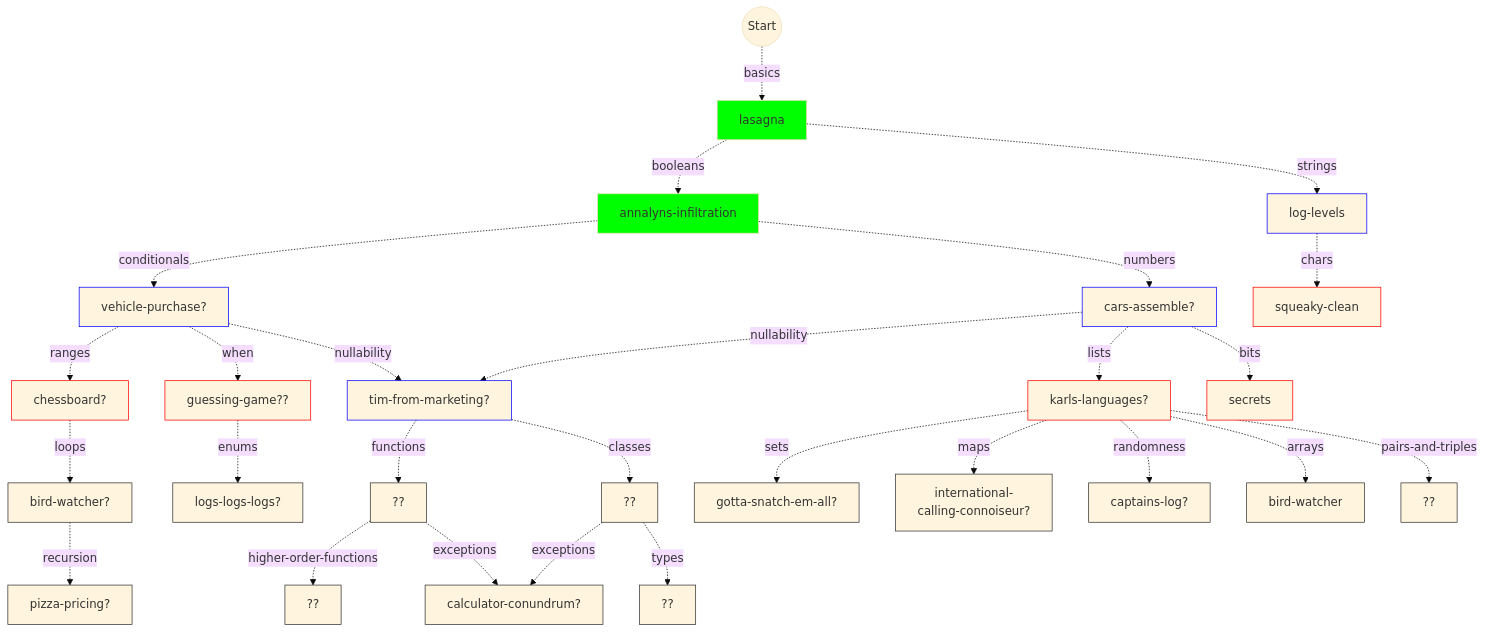
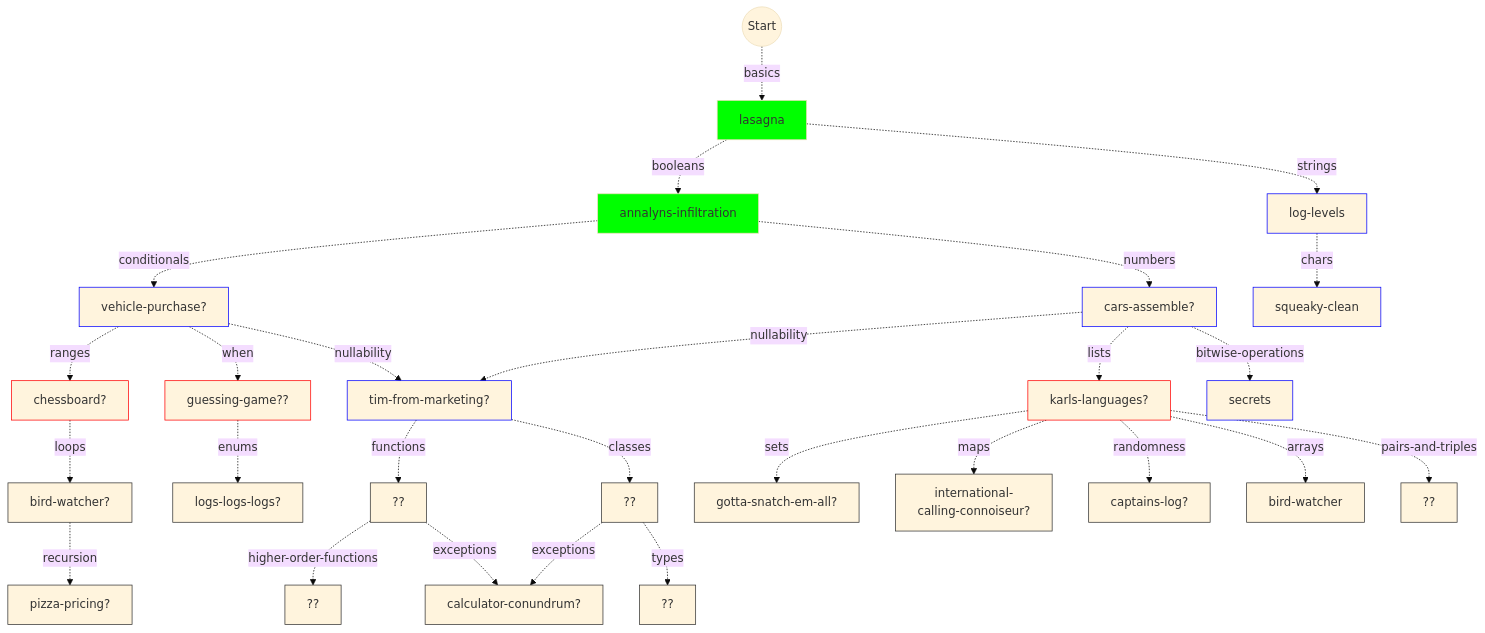
One commit to colinleach/learning-track-doodles changed the diagram in kotlin/flowchart.md. Above: the diagram before and after it, drawn with Mermaid (base theme). The commit also changed 8 other files, not shown here.

Commit message:
flowchart

````diff
--- a/kotlin/flowchart.md
+++ b/kotlin/flowchart.md
@@ -13,79 +13,79 @@
 ```mermaid
 graph TD
     
 start(("Start")) -.basics.-> basics["lasagna"]
 style basics fill:#0f0
 
 basics -.booleans.-> booleans["annalyns-infiltration"]
 style booleans fill:#0f0
 
 basics -.strings.-> strings["log-levels"]
 style strings stroke:#00f
 
 strings -.chars.-> chars["squeaky-clean"]
-style chars stroke:#f00
+style chars stroke:#00f
 
 booleans -.conditionals.-> conditionals["vehicle-purchase?"]
 style conditionals stroke:#00f
 
 booleans -.numbers.-> numbers["cars-assemble?"]
 style numbers stroke:#00f
 
 conditionals -.ranges.-> ranges["chessboard?"]
 style ranges stroke:#f00
 
 ranges -.loops.-> loops["bird-watcher?"]
 style loops stroke:#333
 
 conditionals -.when.-> when["guessing-game??"]
 style when stroke:#f00
 
 conditionals -.nullability.-> nullability["tim-from-marketing?"]
 numbers -.nullability.-> nullability["tim-from-marketing?"]
 style nullability stroke:#00f
 
 numbers -.lists.-> lists["karls-languages?"]
 style lists stroke:#f00
 
 lists -.sets.-> sets["gotta-snatch-em-all?"]
 style sets stroke:#333
 
 lists -.maps.-> maps["international-<br/>calling-connoiseur?"]
 style maps stroke:#333
 
 lists -.randomness.-> randomness["captains-log?"]
 style randomness stroke:#333
 
-numbers -.bits.-> bits["secrets"]
-style bits stroke:#f00
+numbers -.bitwise-operations.-> bitwise-operations["secrets"]
+style bitwise-operations stroke:#00f
 
 when -.enums.-> enums["logs-logs-logs?"]
 style enums stroke:#333
 
 lists -.arrays.-> arrays["bird-watcher"]
 style arrays stroke:#333
 
 lists -.pairs-and-triples.-> pairs-and-triples["??"]
 style pairs-and-triples stroke:#333
 
 loops -.recursion.-> recursion["pizza-pricing?"]
 style recursion stroke:#333
 
 nullability -.functions.-> functions["??"]
 style functions stroke:#333
 
 functions -.higher-order-functions.-> higher-order-functions["??"]
 style higher-order-functions stroke:#333
 
 functions -.exceptions.-> exceptions["calculator-conundrum?"]
 classes -.exceptions.-> exceptions["calculator-conundrum?"]
 style exceptions stroke:#333
 
 nullability -.classes.-> classes["??"]
 style classes stroke:#333
 
 classes -.types.-> types["??"]
 style types stroke:#333
 
 
 ```
````
